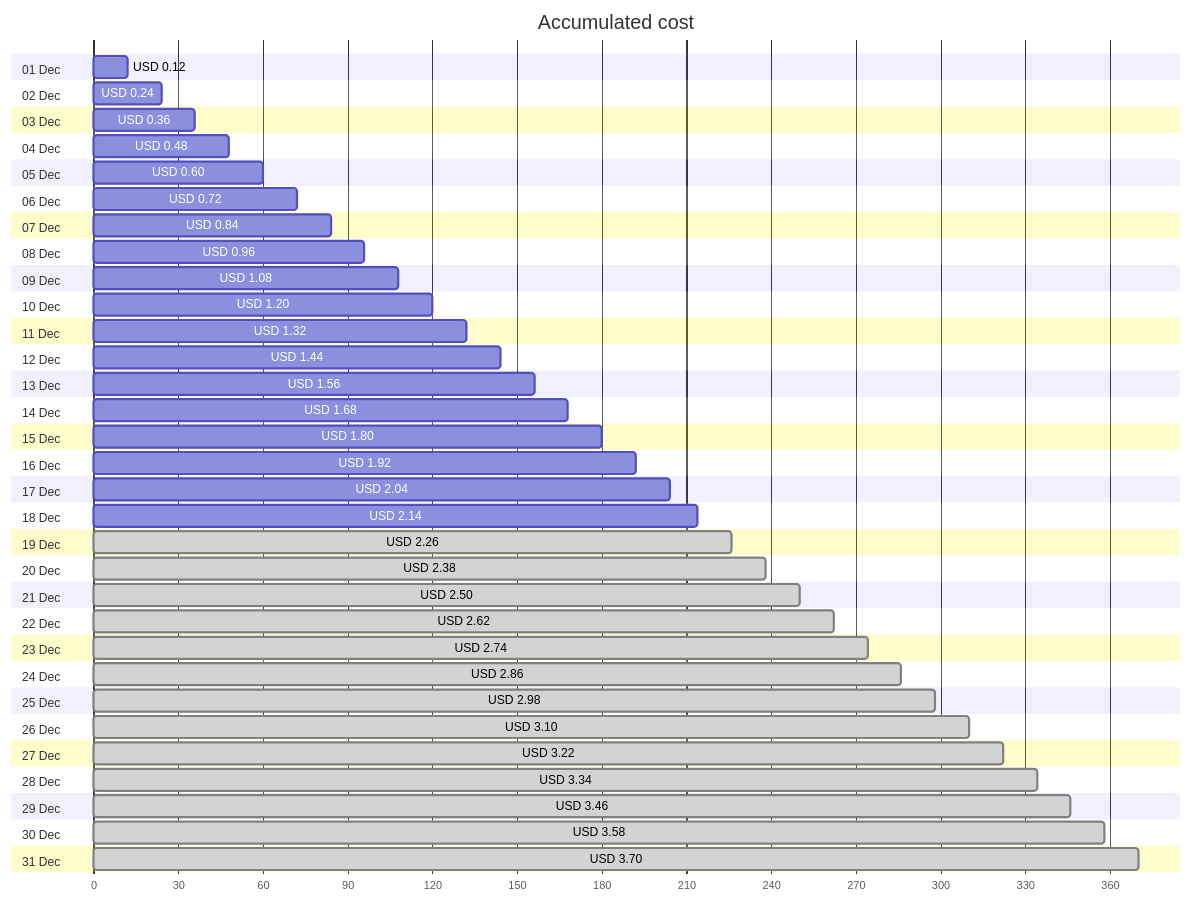
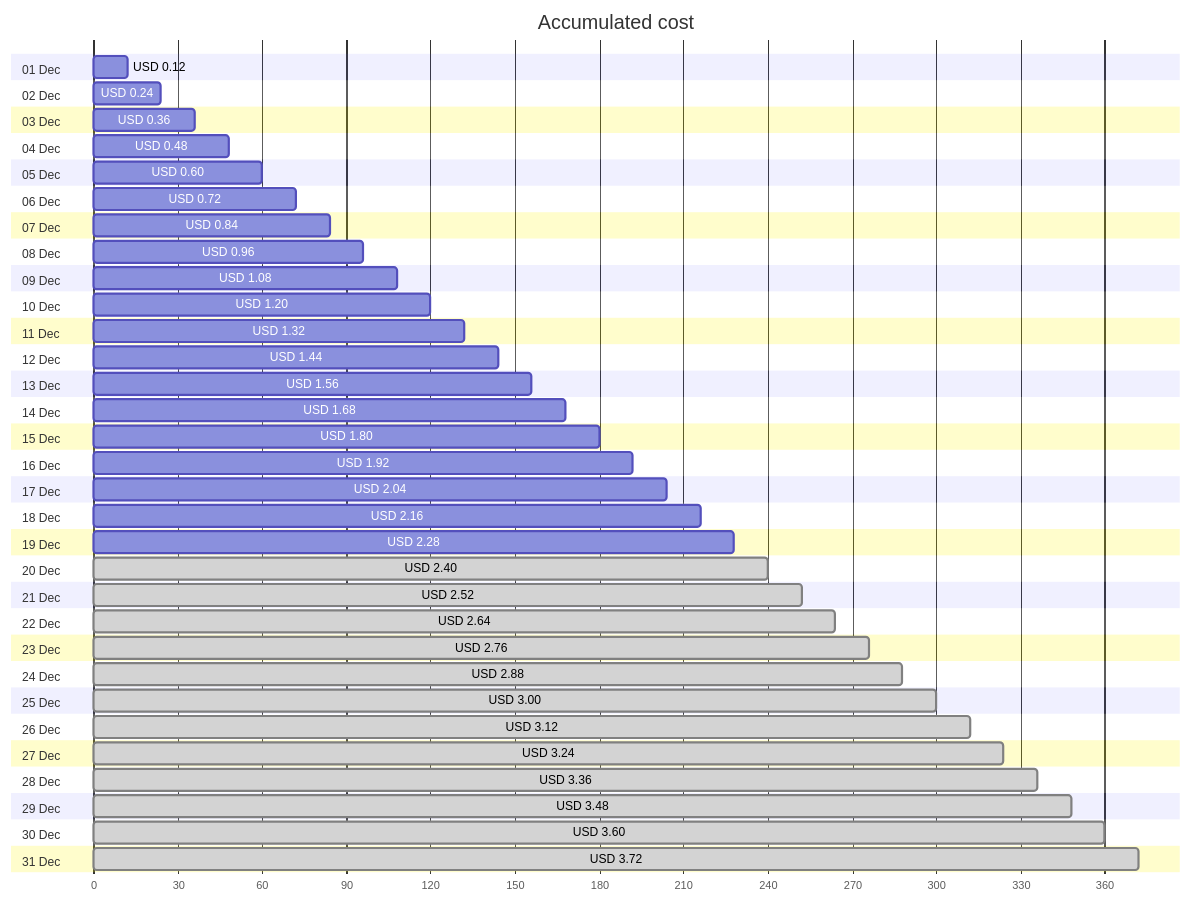
Before and after one commit to jpfulton/azure-personal-reports: the first of 4 diagrams in cost-reports/personal-network/backup-server-public-ip.md, drawn with Mermaid. The commit also changed other lines of this file and 8 other files, not shown here.

````diff
--- a/cost-reports/personal-network/backup-server-public-ip.md
+++ b/cost-reports/personal-network/backup-server-public-ip.md
@@ -20,68 +20,68 @@
 ```mermaid
 gantt
    title Accumulated cost
    dateFormat  X
    axisFormat %s
    section 01 Dec
    USD 0.12 :0, 12
    section 02 Dec
    USD 0.24 :0, 24
    section 03 Dec
    USD 0.36 :0, 36
    section 04 Dec
    USD 0.48 :0, 48
    section 05 Dec
    USD 0.60 :0, 60
    section 06 Dec
    USD 0.72 :0, 72
    section 07 Dec
    USD 0.84 :0, 84
    section 08 Dec
    USD 0.96 :0, 96
    section 09 Dec
    USD 1.08 :0, 108
    section 10 Dec
    USD 1.20 :0, 120
    section 11 Dec
    USD 1.32 :0, 132
    section 12 Dec
    USD 1.44 :0, 144
    section 13 Dec
    USD 1.56 :0, 156
    section 14 Dec
    USD 1.68 :0, 168
    section 15 Dec
    USD 1.80 :0, 180
    section 16 Dec
    USD 1.92 :0, 192
    section 17 Dec
    USD 2.04 :0, 204
    section 18 Dec
-   USD 2.14 :0, 214
+   USD 2.16 :0, 216
    section 19 Dec
-   USD 2.26 : done, 0, 226
+   USD 2.28 :0, 228
    section 20 Dec
-   USD 2.38 : done, 0, 238
+   USD 2.40 : done, 0, 240
    section 21 Dec
-   USD 2.50 : done, 0, 250
+   USD 2.52 : done, 0, 252
    section 22 Dec
-   USD 2.62 : done, 0, 262
+   USD 2.64 : done, 0, 264
    section 23 Dec
-   USD 2.74 : done, 0, 274
+   USD 2.76 : done, 0, 276
    section 24 Dec
-   USD 2.86 : done, 0, 286
+   USD 2.88 : done, 0, 288
    section 25 Dec
-   USD 2.98 : done, 0, 298
+   USD 3.00 : done, 0, 300
    section 26 Dec
-   USD 3.10 : done, 0, 310
+   USD 3.12 : done, 0, 312
    section 27 Dec
-   USD 3.22 : done, 0, 322
+   USD 3.24 : done, 0, 324
    section 28 Dec
-   USD 3.34 : done, 0, 334
+   USD 3.36 : done, 0, 336
    section 29 Dec
-   USD 3.46 : done, 0, 346
+   USD 3.48 : done, 0, 348
    section 30 Dec
-   USD 3.58 : done, 0, 358
+   USD 3.60 : done, 0, 360
    section 31 Dec
-   USD 3.70 : done, 0, 370
+   USD 3.72 : done, 0, 372
 ```
````
